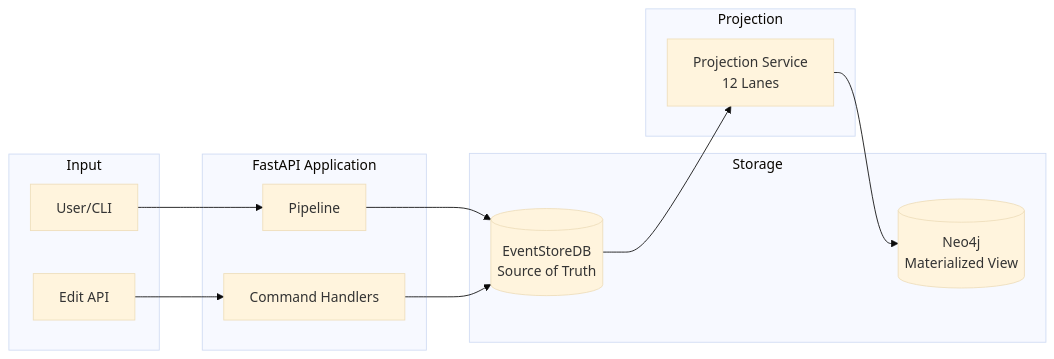
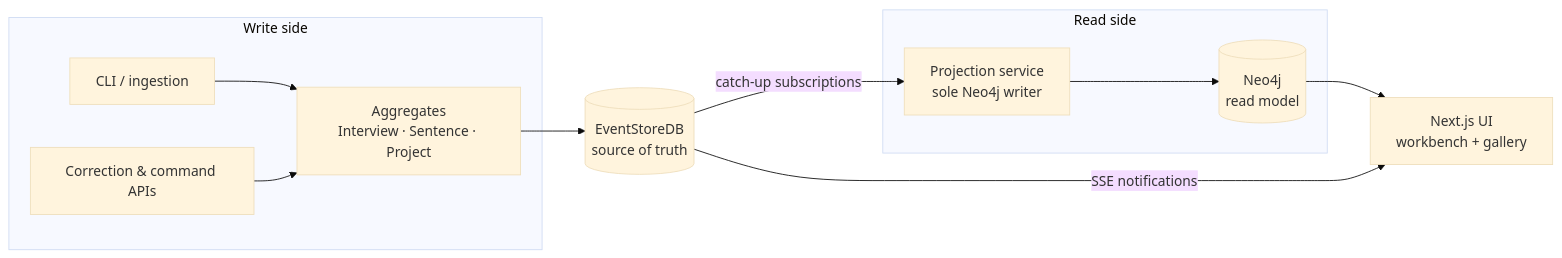
One commit to DigitalCowboyN/interview_analyzer_chaining changed the diagram in docs/architecture/README.md. Above: the diagram before and after it, drawn with Mermaid (base theme). The commit also changed other lines of this file and 10 other files, not shown here.

First line of the commit message:
docs: refresh README + product/architecture docs (current through M5.1b) (#15)

````diff
--- a/docs/architecture/README.md
+++ b/docs/architecture/README.md
@@ -22,28 +22,25 @@
 ```mermaid
 flowchart LR
-    subgraph Input
-        U[User/CLI]
-        API[Edit API]
+    subgraph Write["Write side"]
+        U[CLI / ingestion]
+        API[Correction & command APIs]
+        AGG[Aggregates<br/>Interview · Sentence · Project]
     end
 
-    subgraph App["FastAPI Application"]
-        P[Pipeline]
-        CH[Command Handlers]
+    ES[(EventStoreDB<br/>source of truth)]
+
+    subgraph Read["Read side"]
+        PS[Projection service<br/>sole Neo4j writer]
+        N4[(Neo4j<br/>read model)]
     end
 
-    subgraph Storage
-        ES[(EventStoreDB<br/>Source of Truth)]
-        N4[(Neo4j<br/>Materialized View)]
-    end
+    UI[Next.js UI<br/>workbench + gallery]
 
-    subgraph Projection
-        PS[Projection Service<br/>12 Lanes]
-    end
-
-    U --> P
-    API --> CH
-    P --> ES
-    CH --> ES
-    ES --> PS
+    U --> AGG
+    API --> AGG
+    AGG --> ES
+    ES -->|catch-up subscriptions| PS
     PS --> N4
+    N4 --> UI
+    ES -->|SSE notifications| UI
 ```
````
